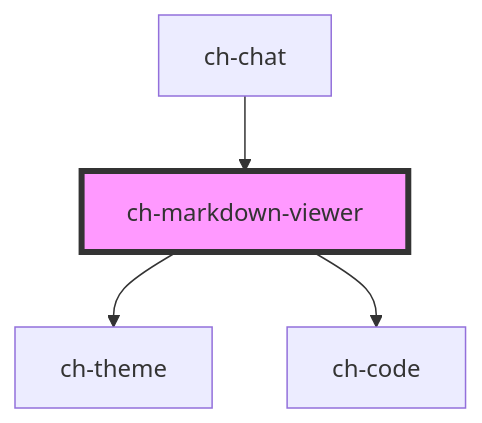
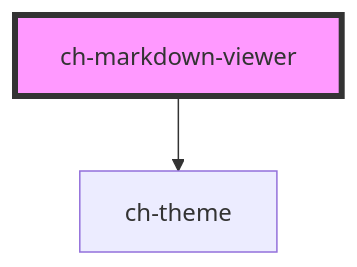
The diagram in src/components/markdown-viewer/readme.md (genexuslabs/chameleon-controls-library), drawn with Mermaid before and after one commit. The commit also changed other lines of this file and 4 other files, not shown here.

````diff
--- a/src/components/markdown-viewer/readme.md
+++ b/src/components/markdown-viewer/readme.md
@@ -48,7 +43,5 @@
 ```mermaid
 graph TD;
   ch-markdown-viewer --> ch-theme
-  ch-markdown-viewer --> ch-code
-  ch-chat --> ch-markdown-viewer
   style ch-markdown-viewer fill:#f9f,stroke:#333,stroke-width:4px
 ```
````
